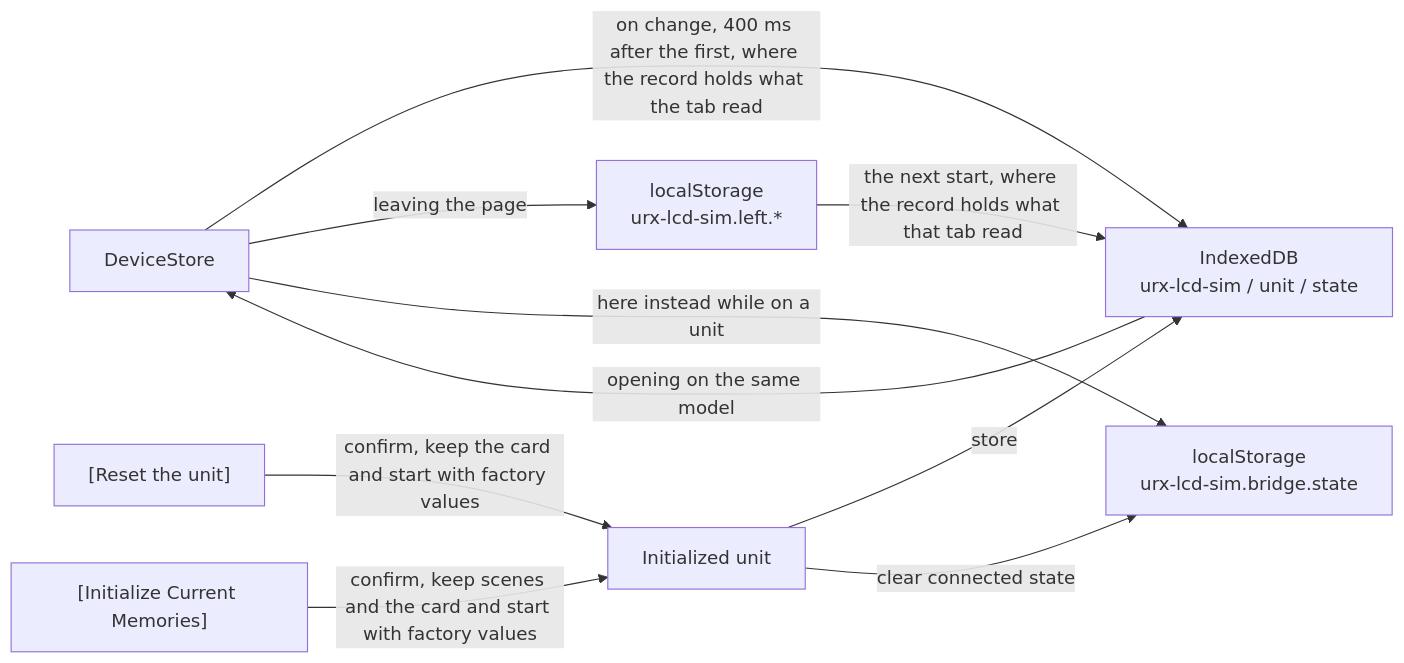
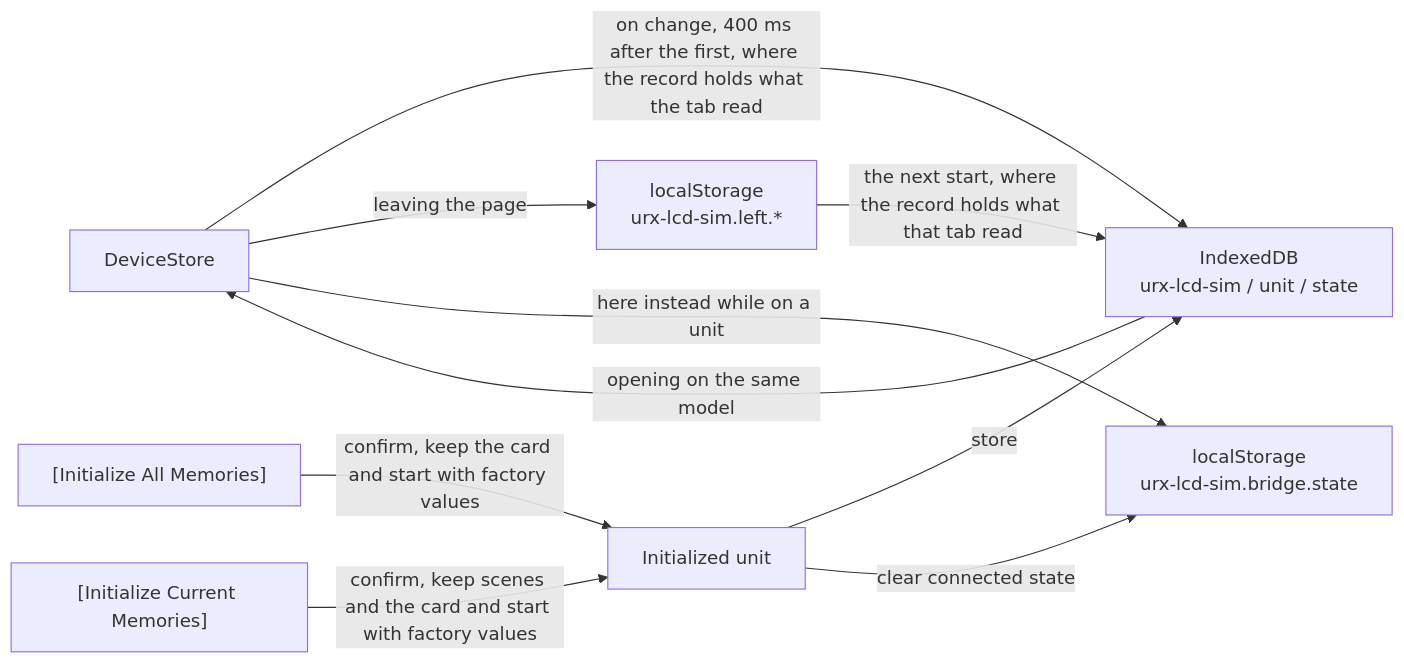
One commit to semnil/urx-lcd-sim changed the second of 2 diagrams in docs/en/architecture.md. Above: the diagram before and after it, drawn with Mermaid. The commit also changed other lines of this file and 17 other files, not shown here.

````diff
--- a/docs/en/architecture.md
+++ b/docs/en/architecture.md
@@ -193,12 +193,12 @@
 ```mermaid
 flowchart LR
   ST["DeviceStore"] -->|"on change, 400 ms after the first, where the record holds what the tab read"| DB["IndexedDB<br/>urx-lcd-sim / unit / state"]
   DB -->|"opening on the same model"| ST
   ST -->|"leaving the page"| LEFT["localStorage<br/>urx-lcd-sim.left.*"]
   LEFT -->|"the next start, where the record holds what that tab read"| DB
-  RS["[Reset the unit]"] -->|"confirm, keep the card and start with factory values"| INIT["Initialized unit"]
+  RS["[Initialize All Memories]"] -->|"confirm, keep the card and start with factory values"| INIT["Initialized unit"]
   CM["[Initialize Current Memories]"] -->|"confirm, keep scenes and the card and start with factory values"| INIT
   INIT -->|"store"| DB
   ST -->|"here instead while on a unit"| LB["localStorage<br/>urx-lcd-sim.bridge.state"]
   INIT -->|"clear connected state"| LB
 ```
````
